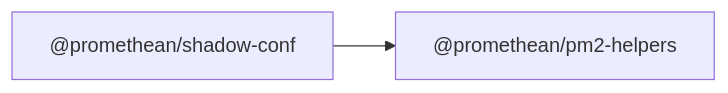
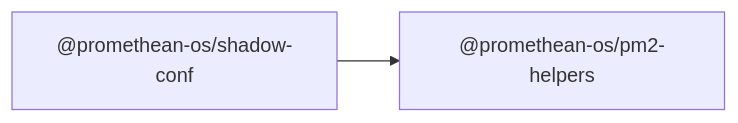
The diagram in docs/packages/shadow-conf/README.md (octave-commons/promethean), drawn with Mermaid before and after one commit. The commit also changed other lines of this file and 1753 other files, not shown here.

````diff
--- a/docs/packages/shadow-conf/README.md
+++ b/docs/packages/shadow-conf/README.md
@@ -14,7 +14,7 @@
 ```mermaid
 graph LR
-  A["@promethean/shadow-conf"]
-  D1["@promethean/pm2-helpers"]
-  A --> D1["@promethean/pm2-helpers"]
-  click D1 "../pm2-helpers/README.md" "@promethean/pm2-helpers"
+  A["@promethean-os/shadow-conf"]
+  D1["@promethean-os/pm2-helpers"]
+  A --> D1["@promethean-os/pm2-helpers"]
+  click D1 "../pm2-helpers/README.md" "@promethean-os/pm2-helpers"
 ```
````
